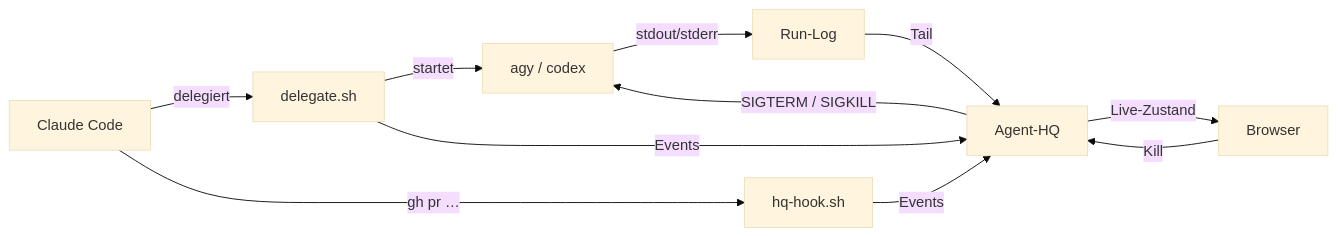
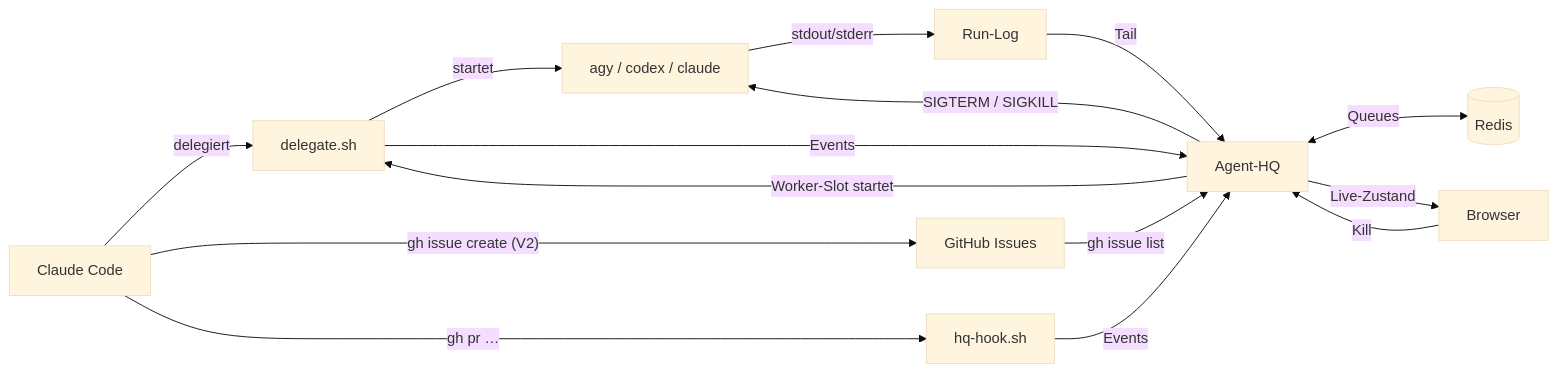
One commit to tihofman/agent-hq changed the first of 3 diagrams in docs/arc42/architecture.md. Above: the diagram before and after it, drawn with Mermaid (base theme). The commit also changed other lines of this file and 3 other files, not shown here.

````diff
--- a/docs/arc42/architecture.md
+++ b/docs/arc42/architecture.md
@@ -48,13 +55,17 @@
 ```mermaid
 flowchart LR
     CL["Claude Code"] -->|delegiert| DEL["delegate.sh"]
+    CL -->|"gh issue create (V2)"| GH["GitHub Issues"]
+    GH -->|"gh issue list"| HQ
+    HQ <-->|Queues| R[("Redis")]
+    HQ -->|"Worker-Slot startet"| DEL
     CL -->|gh pr …| HOOK["hq-hook.sh"]
-    DEL -->|startet| W["agy / codex"]
+    DEL -->|startet| W["agy / codex / claude"]
     W -->|stdout/stderr| LOG["Run-Log"]
     DEL -->|Events| HQ["Agent-HQ"]
     HOOK -->|Events| HQ
     LOG -->|Tail| HQ
     HQ -->|Live-Zustand| B["Browser"]
     B -->|Kill| HQ
     HQ -->|SIGTERM / SIGKILL| W
 ```
````
